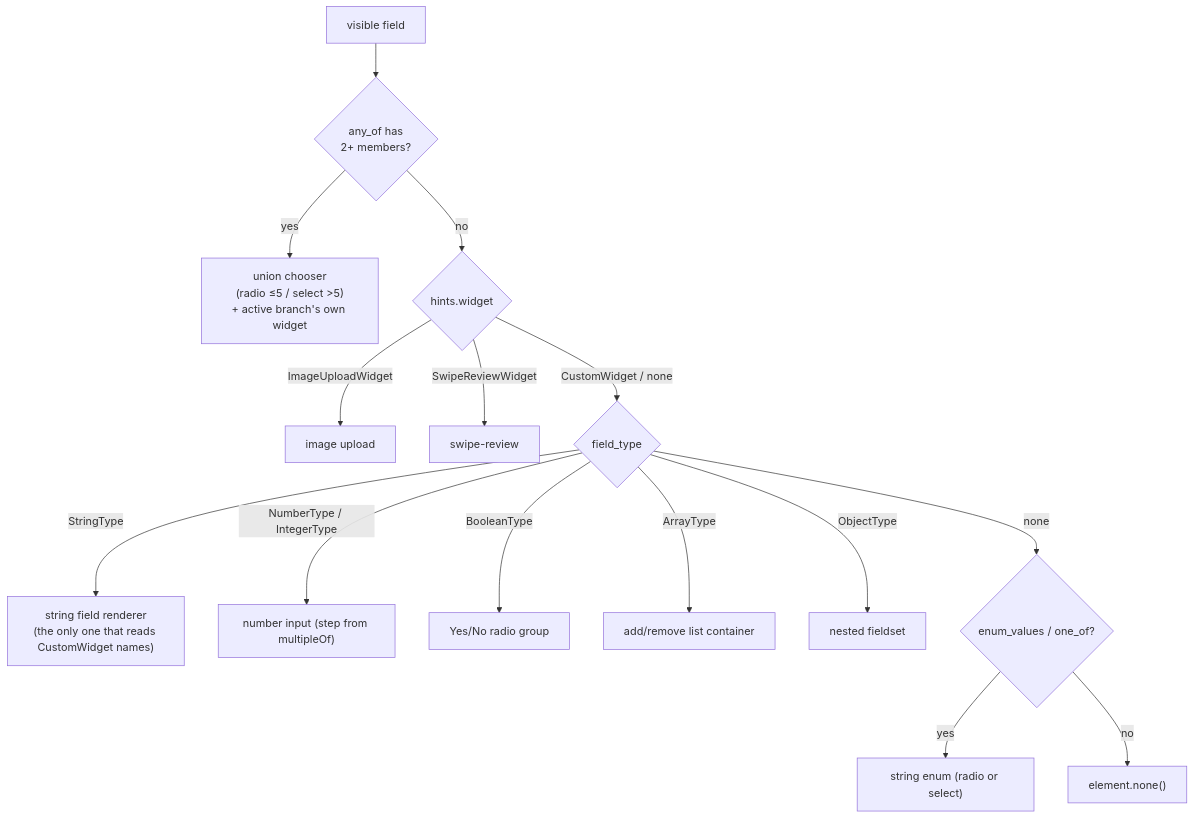
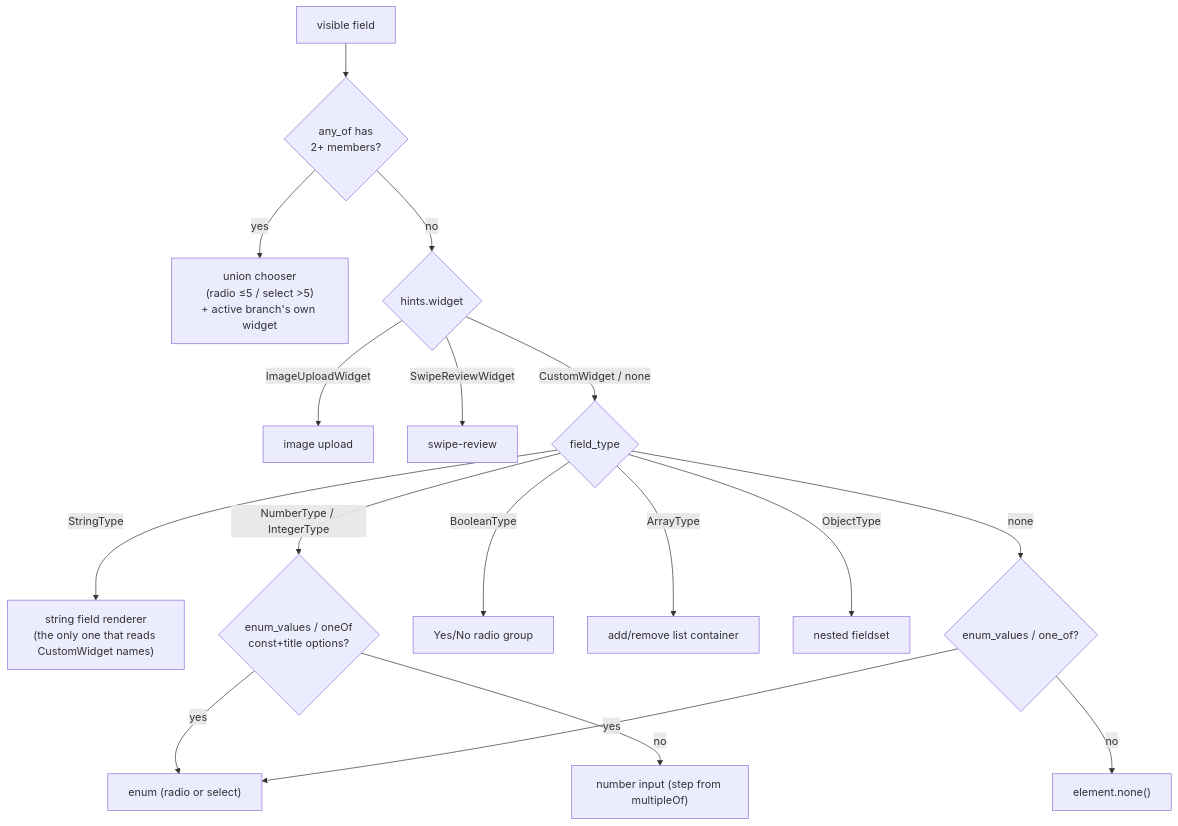
One commit to radionest/gleam_formosh changed the first of 2 diagrams in docs/reference/widgets.md. Above: the diagram before and after it, drawn with Mermaid. The commit also changed other lines of this file and 10 other files, not shown here.

First line of the commit message:
fix(fields): render numeric enum/const oneOf as an option widget (#127)

````diff
--- a/docs/reference/widgets.md
+++ b/docs/reference/widgets.md
@@ -26,17 +26,19 @@
 ```mermaid
 flowchart TD
     F["visible field"] --> U{"any_of has<br/>2+ members?"}
     U -- "yes" --> UC["union chooser<br/>(radio ≤5 / select >5)<br/>+ active branch's own widget"]
     U -- "no" --> W{"hints.widget"}
     W -- "ImageUploadWidget" --> IU["image upload"]
     W -- "SwipeReviewWidget" --> SR["swipe-review"]
     W -- "CustomWidget / none" --> T{"field_type"}
     T -- "StringType" --> S["string field renderer<br/>(the only one that reads CustomWidget names)"]
-    T -- "NumberType / IntegerType" --> NUM["number input (step from multipleOf)"]
+    T -- "NumberType / IntegerType" --> NO{"enum_values / oneOf<br/>const+title options?"}
+    NO -- "yes" --> EN
+    NO -- "no" --> NUM["number input (step from multipleOf)"]
     T -- "BooleanType" --> B["Yes/No radio group"]
     T -- "ArrayType" --> A["add/remove list container"]
     T -- "ObjectType" --> O["nested fieldset"]
     T -- "none" --> E{"enum_values / one_of?"}
-    E -- "yes" --> EN["string enum (radio or select)"]
+    E -- "yes" --> EN["enum (radio or select)"]
     E -- "no" --> NONE["element.none()"]
 ```
````
